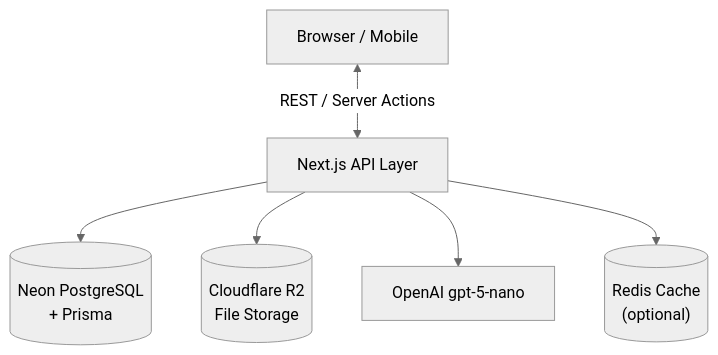
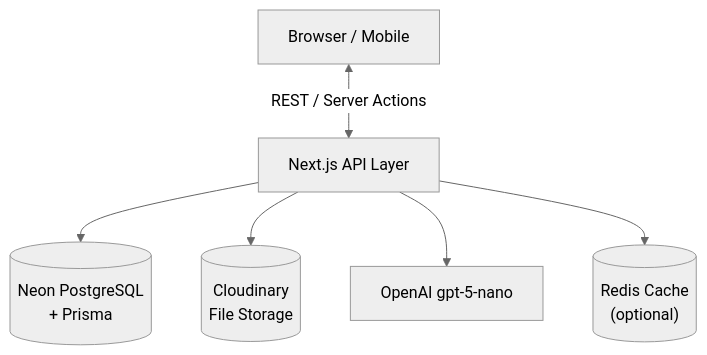
One commit to Ahmed-HA-RE/devnest changed the second of 4 diagrams in context/project-overview.md. Above: the diagram before and after it, drawn with Mermaid (neutral theme). The commit also changed other lines of this file and 7 other files, not shown here.

````diff
--- a/context/project-overview.md
+++ b/context/project-overview.md
@@ -199,9 +199,9 @@
 ```mermaid
 graph TD
   Client["Browser / Mobile"]
   Client <-->|"REST / Server Actions"| API["Next.js API Layer"]
   API --> DB[("Neon PostgreSQL\n+ Prisma")]
-  API --> R2[("Cloudflare R2\nFile Storage")]
+  API --> R2[("Cloudinary\nFile Storage")]
   API --> AI["OpenAI gpt-5-nano"]
   API --> Cache[("Redis Cache\n(optional)")]
 ```
````
